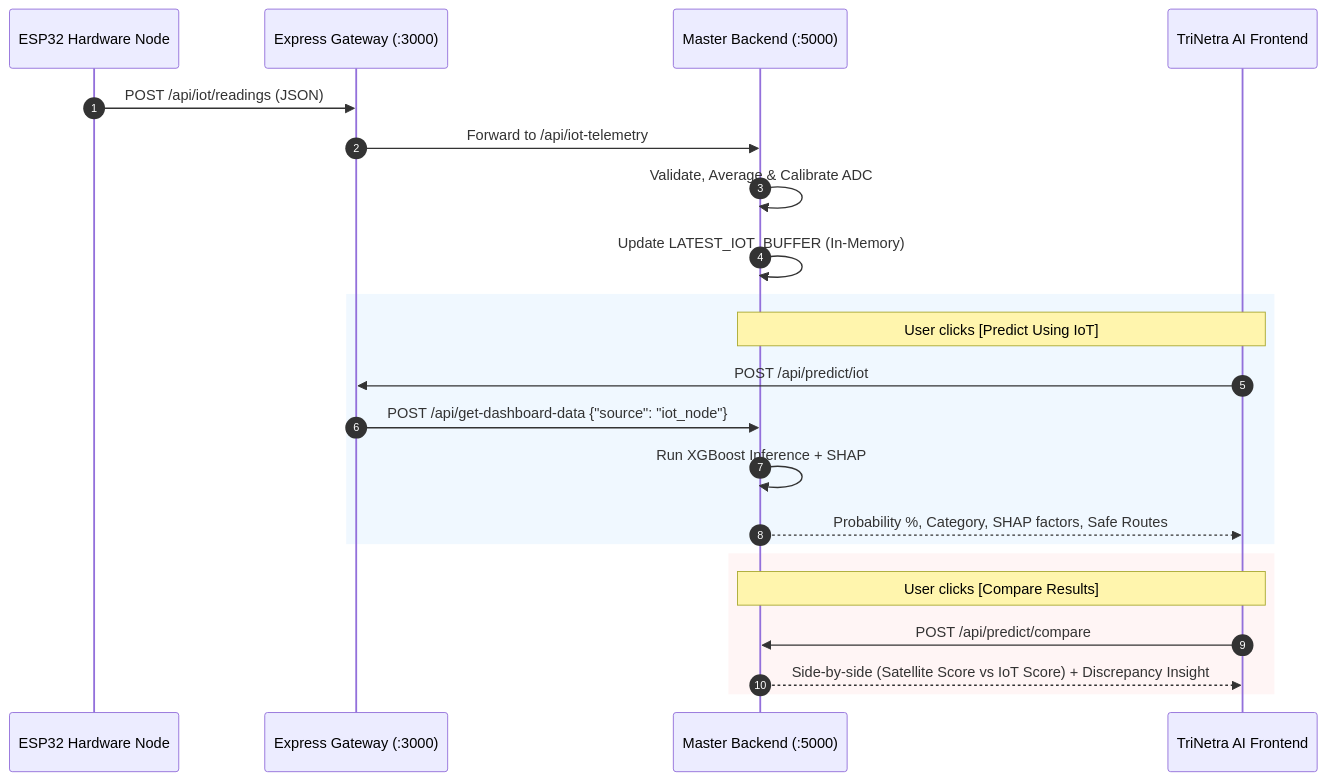
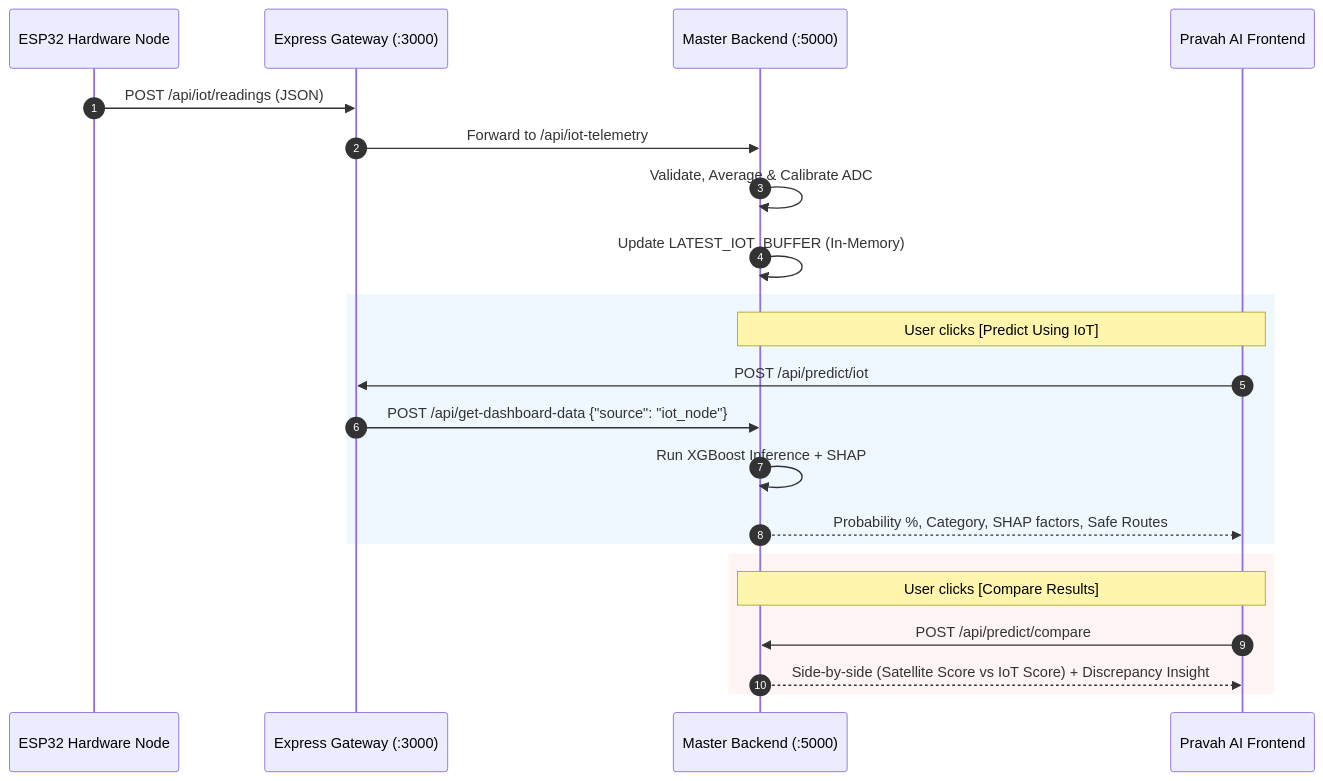
Before and after one commit to Vipin1907/PRAVAH: the second of 2 diagrams in ESP32_IOT_INTEGRATION_PLAN.md, drawn with Mermaid. The commit also changed other lines of this file and 25 other files, not shown here.

Commit message:
refactor: replace TriNetra with Pravah AI across entire codebase

````diff
--- a/ESP32_IOT_INTEGRATION_PLAN.md
+++ b/ESP32_IOT_INTEGRATION_PLAN.md
@@ -109,27 +109,27 @@
 ```mermaid
 sequenceDiagram
     autonumber
     participant ESP as ESP32 Hardware Node
     participant Gateway as Express Gateway (:3000)
     participant Python as Master Backend (:5000)
-    participant UI as TriNetra AI Frontend
+    participant UI as Pravah AI Frontend
 
     ESP->>Gateway: POST /api/iot/readings (JSON)
     Gateway->>Python: Forward to /api/iot-telemetry
     Python->>Python: Validate, Average & Calibrate ADC
     Python->>Python: Update LATEST_IOT_BUFFER (In-Memory)
     
     rect rgb(240, 248, 255)
         note over UI,Python: User clicks [Predict Using IoT]
         UI->>Gateway: POST /api/predict/iot
         Gateway->>Python: POST /api/get-dashboard-data {"source": "iot_node"}
         Python->>Python: Run XGBoost Inference + SHAP
         Python-->>UI: Probability %, Category, SHAP factors, Safe Routes
     end
 
     rect rgb(255, 245, 245)
         note over UI,Python: User clicks [Compare Results]
         UI->>Python: POST /api/predict/compare
         Python-->>UI: Side-by-side (Satellite Score vs IoT Score) + Discrepancy Insight
     end
 ```
````
